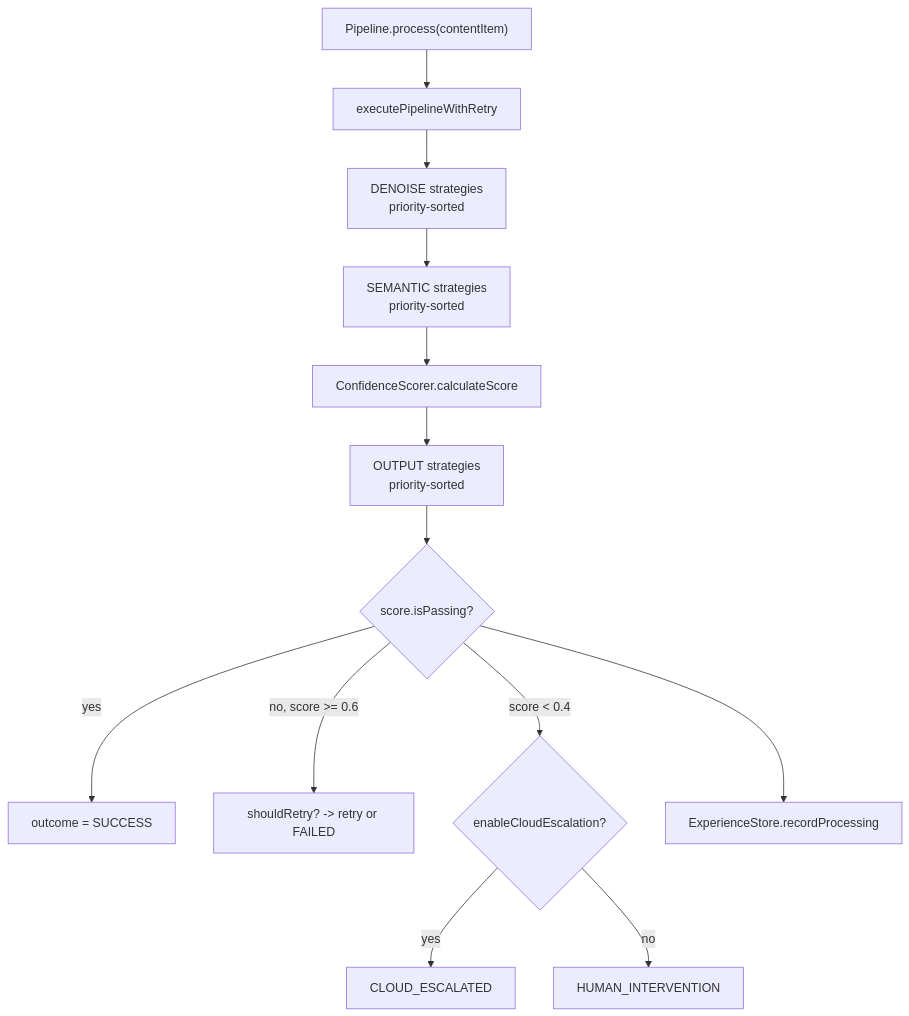
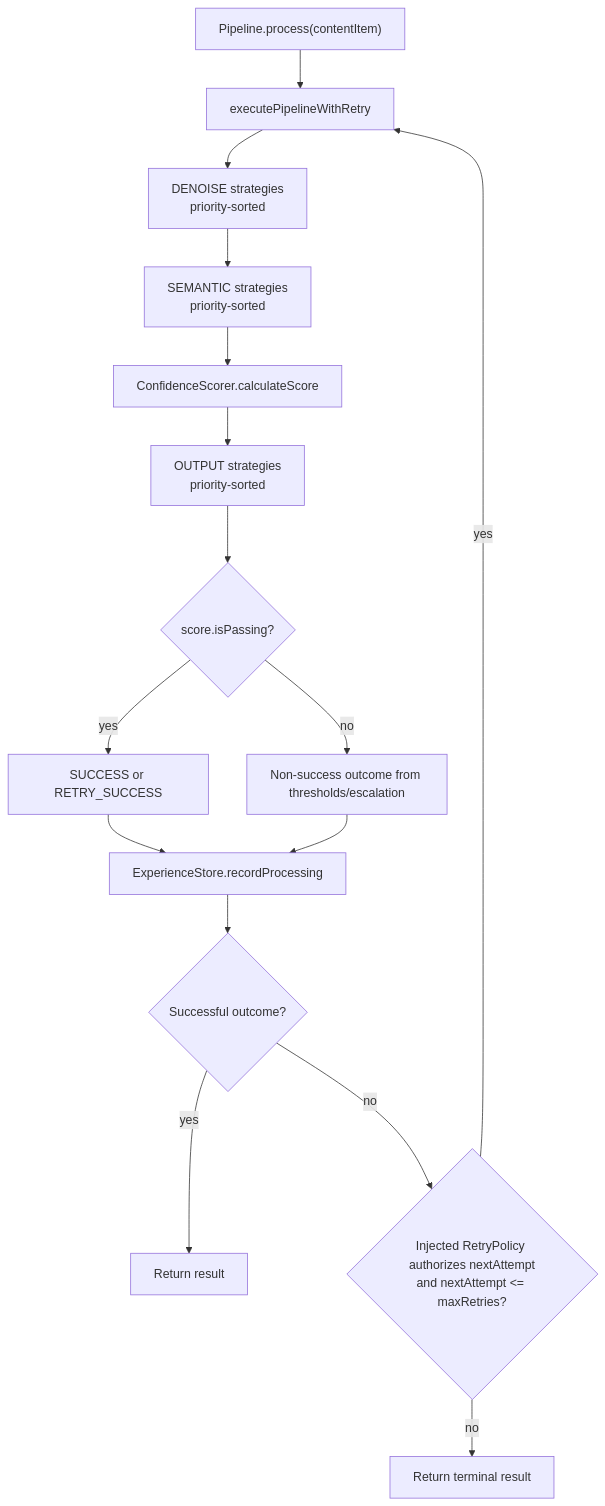
Before and after one commit to Leechy99/Prae: the first of 2 diagrams in src/core/CLAUDE.md, drawn with Mermaid. The commit also changed other lines of this file and 9 other files, not shown here.

````diff
--- a/src/core/CLAUDE.md
+++ b/src/core/CLAUDE.md
@@ -104,15 +104,18 @@
 ```mermaid
 graph TD
     A["Pipeline.process(contentItem)"] --> B["executePipelineWithRetry"]
     B --> C["DENOISE strategies\npriority-sorted"]
     C --> D["SEMANTIC strategies\npriority-sorted"]
     D --> F["ConfidenceScorer.calculateScore"]
     F --> E["OUTPUT strategies\npriority-sorted"]
     E --> G{"score.isPassing?"}
-    G -->|yes| H["outcome = SUCCESS"]
-    G -->|no, score >= 0.6| I["shouldRetry? -> retry or FAILED"]
-    G -->|score < 0.4| J{"enableCloudEscalation?"}
-    J -->|yes| K["CLOUD_ESCALATED"]
-    J -->|no| L["HUMAN_INTERVENTION"]
-    G --> M["ExperienceStore.recordProcessing"]
+    G -->|yes| H["SUCCESS or RETRY_SUCCESS"]
+    G -->|no| I["Non-success outcome from thresholds/escalation"]
+    H --> M["ExperienceStore.recordProcessing"]
+    I --> M
+    M --> N{"Successful outcome?"}
+    N -->|yes| O["Return result"]
+    N -->|no| P{"Injected RetryPolicy authorizes nextAttempt\nand nextAttempt <= maxRetries?"}
+    P -->|yes| B
+    P -->|no| Q["Return terminal result"]
 ```
````
